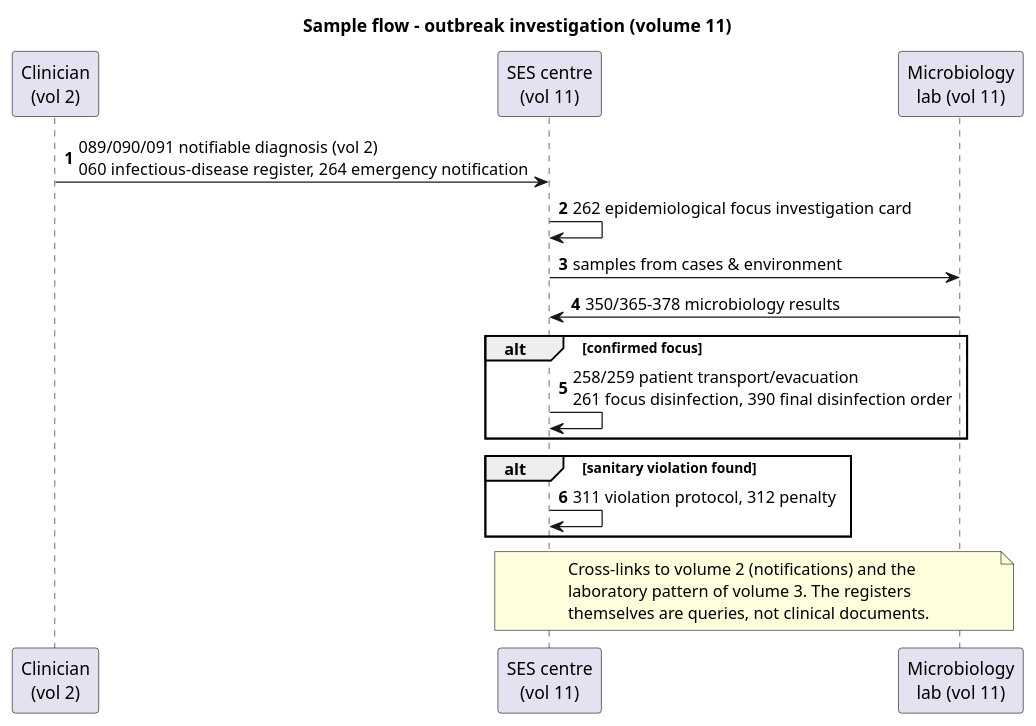
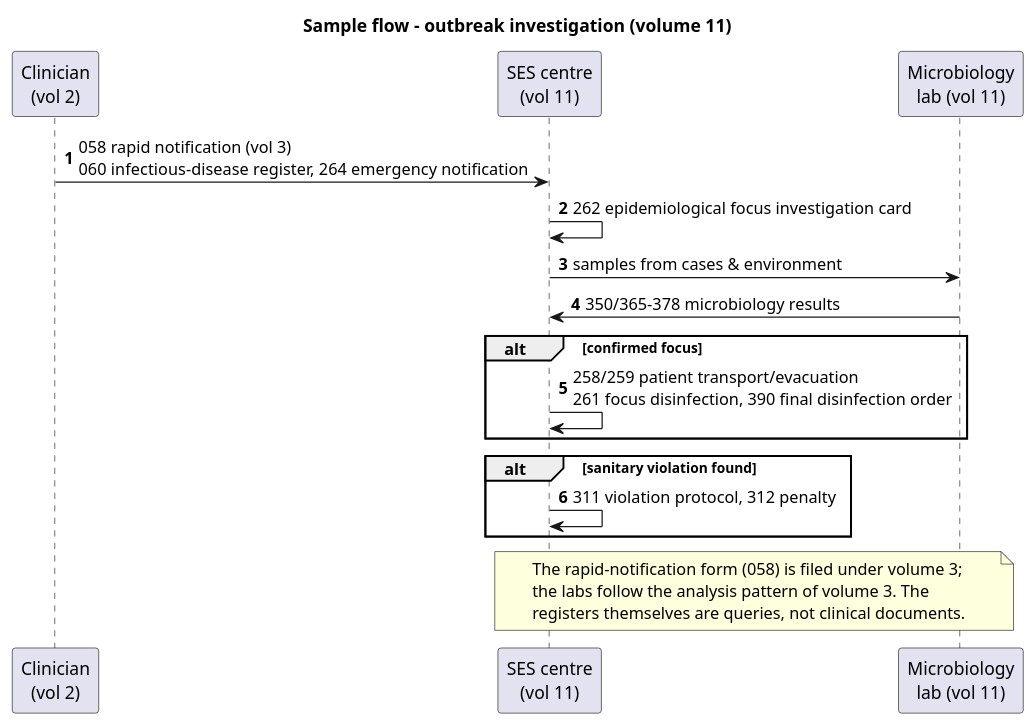
Before and after one commit to uzinfocom-org/digital-health-integration: the diagram in input/images-source/forms-vol11-flow.plantuml, drawn with PlantUML. The commit also changed 17 other files, not shown here.

First line of the commit message:
Fix diagram/table facts against Order 399 templates and YORIQNOMA

```diff
--- a/input/images-source/forms-vol11-flow.plantuml
+++ b/input/images-source/forms-vol11-flow.plantuml
@@ -1,25 +1,25 @@
 @startuml forms-vol11-flow
 title Sample flow - outbreak investigation (volume 11)
 autonumber
 
 participant "Clinician\n(vol 2)" as DR
 participant "SES centre\n(vol 11)" as SES
 participant "Microbiology\nlab (vol 11)" as LAB
 
-DR -> SES : 089/090/091 notifiable diagnosis (vol 2)\n060 infectious-disease register, 264 emergency notification
+DR -> SES : 058 rapid notification (vol 3)\n060 infectious-disease register, 264 emergency notification
 SES -> SES : 262 epidemiological focus investigation card
 SES -> LAB : samples from cases & environment
 LAB -> SES : 350/365-378 microbiology results
 alt confirmed focus
   SES -> SES : 258/259 patient transport/evacuation\n261 focus disinfection, 390 final disinfection order
 end
 alt sanitary violation found
   SES -> SES : 311 violation protocol, 312 penalty
 end
 
 note over SES, LAB
-  Cross-links to volume 2 (notifications) and the
-  laboratory pattern of volume 3. The registers
-  themselves are queries, not clinical documents.
+  The rapid-notification form (058) is filed under volume 3;
+  the labs follow the analysis pattern of volume 3. The
+  registers themselves are queries, not clinical documents.
 end note
 @enduml
```
